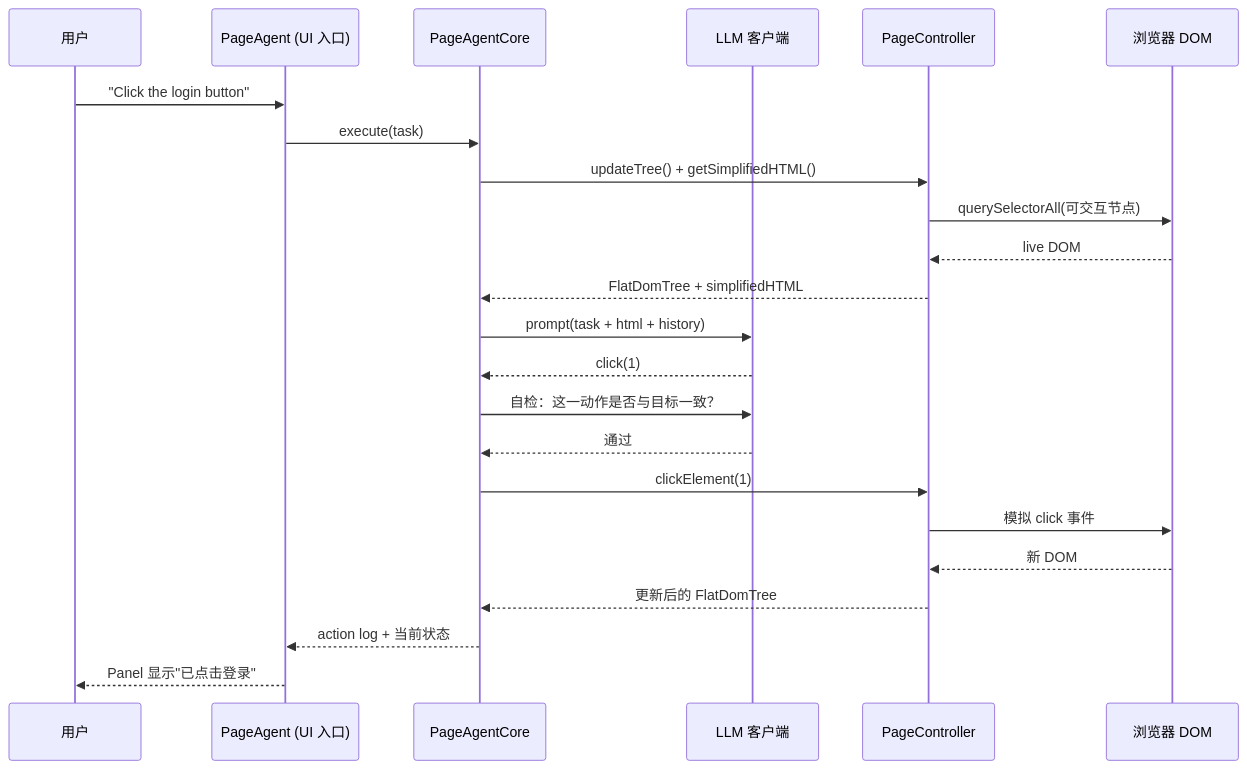
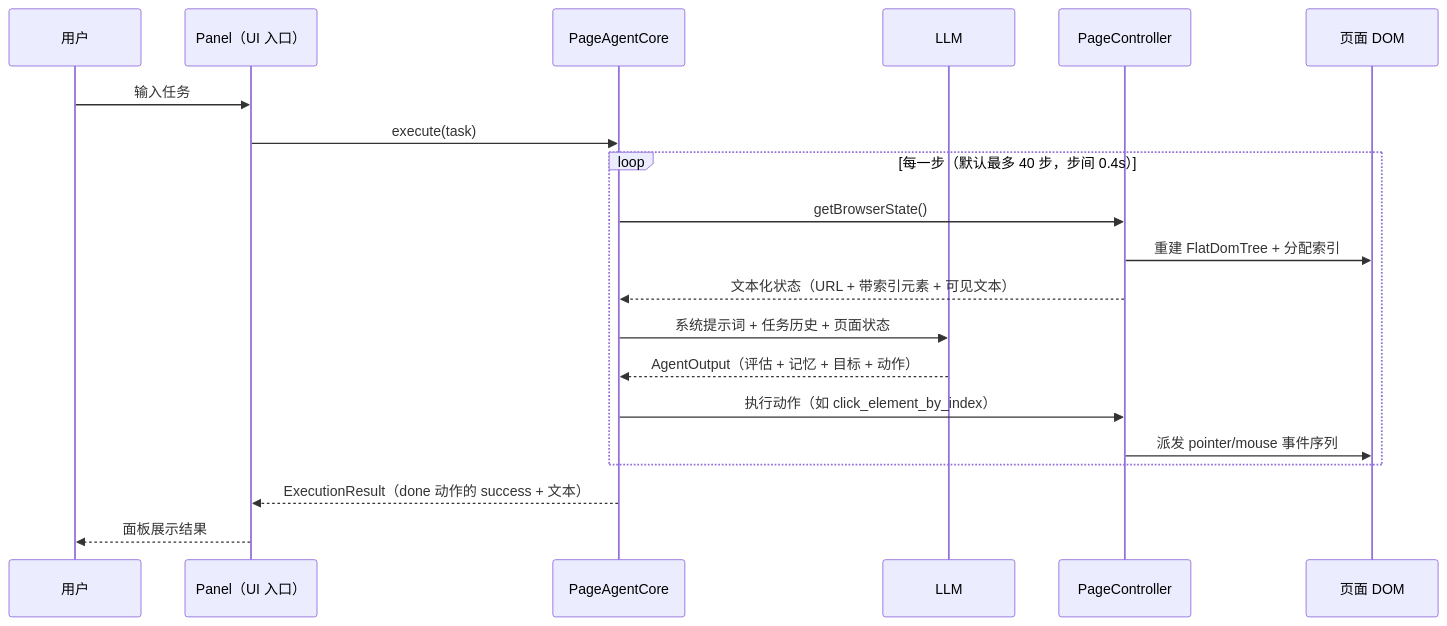
The second of 2 diagrams in content/posts/tech/alibaba-page-agent-browser-control-agent-guide.md (A1pha3/text-matrix), drawn with Mermaid before and after one commit. The commit also changed other lines of this file and 11 other files, not shown here.

First line of the commit message:
docs(page-agent): 更新 Page Agent 技术解析文章至 v1.12.4 版本

````diff
--- a/content/posts/tech/alibaba-page-agent-browser-control-agent-guide.md
+++ b/content/posts/tech/alibaba-page-agent-browser-control-agent-guide.md
@@ -222,25 +232,22 @@
 ```mermaid
 sequenceDiagram
   participant U as 用户
-  participant P as PageAgent (UI 入口)
+  participant P as Panel（UI 入口）
   participant C as PageAgentCore
-  participant L as LLM 客户端
+  participant L as LLM
   participant PC as PageController
-  participant D as 浏览器 DOM
-  U->>P: "Click the login button"
+  participant D as 页面 DOM
+  U->>P: 输入任务
   P->>C: execute(task)
-  C->>PC: updateTree() + getSimplifiedHTML()
-  PC->>D: querySelectorAll(可交互节点)
-  D-->>PC: live DOM
-  PC-->>C: FlatDomTree + simplifiedHTML
-  C->>L: prompt(task + html + history)
-  L-->>C: click(1)
-  C->>L: 自检：这一动作是否与目标一致？
-  L-->>C: 通过
-  C->>PC: clickElement(1)
-  PC->>D: 模拟 click 事件
-  D-->>PC: 新 DOM
-  PC-->>C: 更新后的 FlatDomTree
-  C-->>P: action log + 当前状态
-  P-->>U: Panel 显示"已点击登录"
+  loop 每一步（默认最多 40 步，步间 0.4s）
+    C->>PC: getBrowserState()
+    PC->>D: 重建 FlatDomTree + 分配索引
+    PC-->>C: 文本化状态（URL + 带索引元素 + 可见文本）
+    C->>L: 系统提示词 + 任务历史 + 页面状态
+    L-->>C: AgentOutput（评估 + 记忆 + 目标 + 动作）
+    C->>PC: 执行动作（如 click_element_by_index）
+    PC->>D: 派发 pointer/mouse 事件序列
+  end
+  C-->>P: ExecutionResult（done 动作的 success + 文本）
+  P-->>U: 面板展示结果
 ```
````
